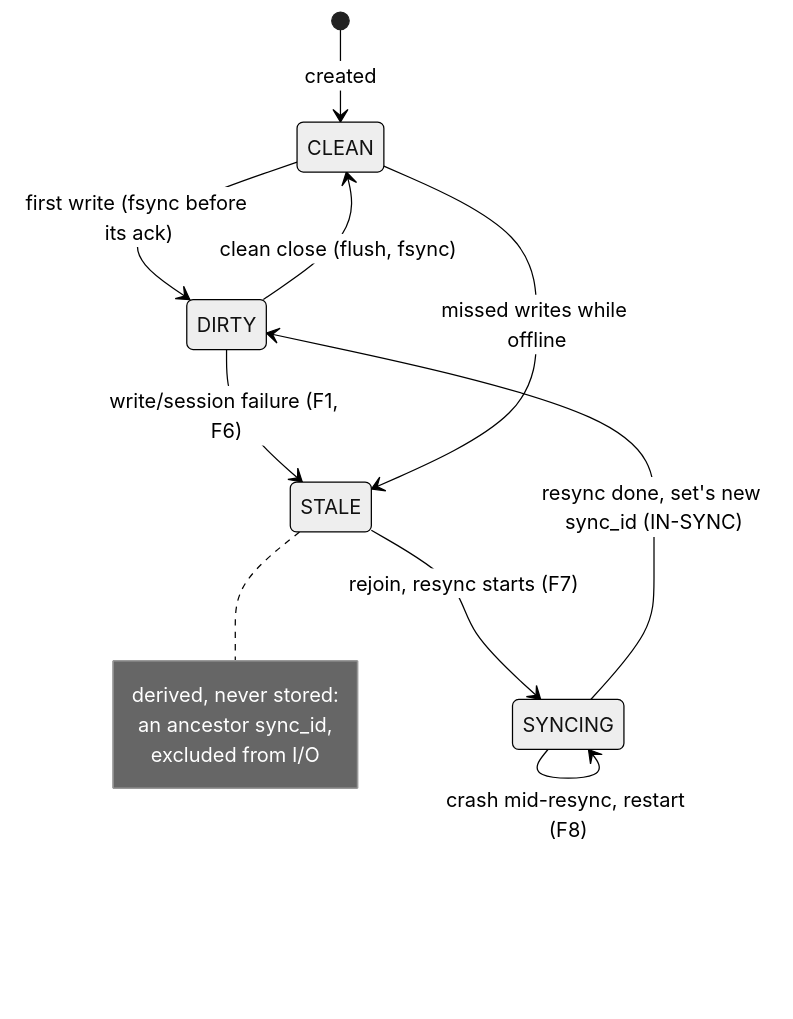
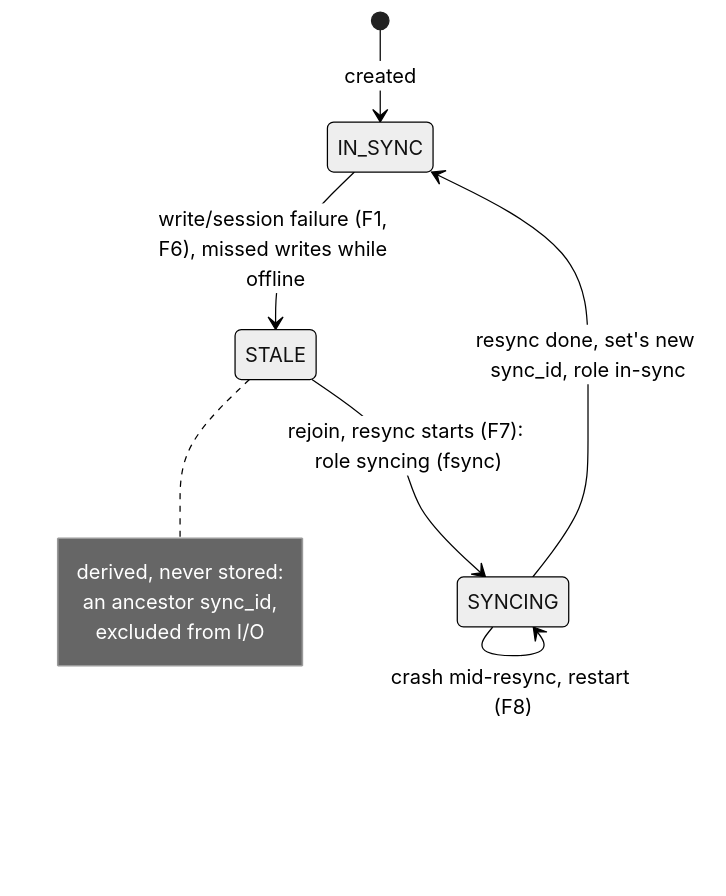
The second of 6 diagrams in docs/mirroring.md (rawstor/librawstor), drawn with Mermaid (neutral theme) before and after one commit. The commit also changed other lines of this file and 58 other files, not shown here.

````diff
--- a/docs/mirroring.md
+++ b/docs/mirroring.md
@@ -69,17 +86,14 @@
 ```mermaid
 stateDiagram-v2
     direction TB
-    [*] --> CLEAN : created
-    CLEAN --> DIRTY : first write (fsync before its ack)
-    DIRTY --> CLEAN : clean close (flush, fsync)
-    DIRTY --> STALE : write/session failure (F1, F6)
-    CLEAN --> STALE : missed writes while offline
-    STALE --> SYNCING : rejoin, resync starts (F7)
+    [*] --> IN_SYNC : created
+    IN_SYNC --> STALE : write/session failure (F1, F6), missed writes while offline
+    STALE --> SYNCING : rejoin, resync starts (F7): role syncing (fsync)
     SYNCING --> SYNCING : crash mid-resync, restart (F8)
-    SYNCING --> DIRTY : resync done, set's new sync_id (IN-SYNC)
+    SYNCING --> IN_SYNC : resync done, set's new sync_id, role in-sync
     note right of STALE
         derived, never stored:
         an ancestor sync_id,
         excluded from I/O
     end note
 ```
````
